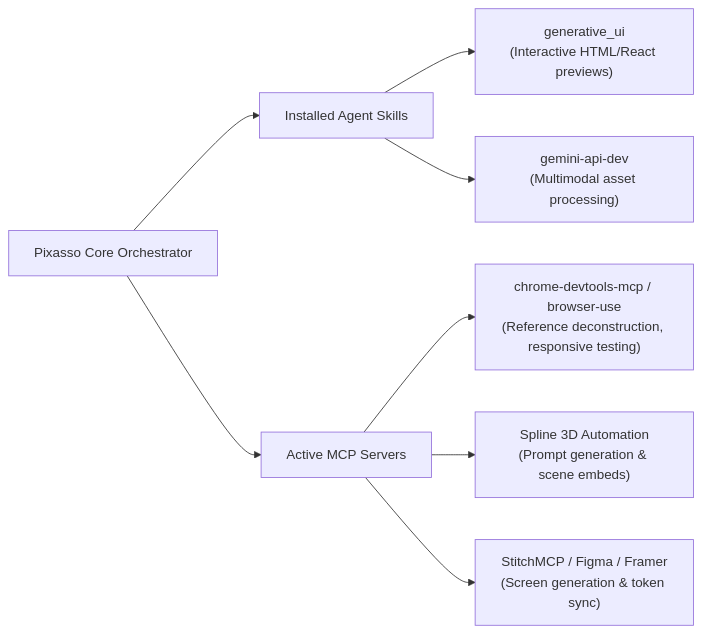
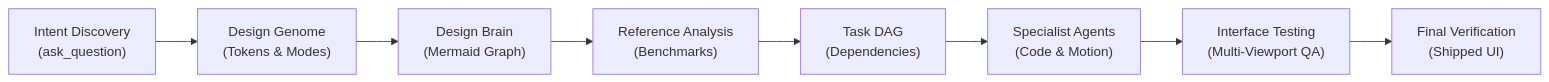
Before and after one commit to Erebuzzz/pixasso: the second of 5 diagrams in README.md, drawn with Mermaid. The commit also changed other lines of this file and 97 other files, not shown here.

Commit message:
feat: complete end-to-end frontend orchestrator, mcp server, showcase site, and multi-platform installer

````diff
--- a/README.md
+++ b/README.md
@@ -188,12 +137,10 @@
 ```mermaid
 flowchart LR
-    PixassoCore["Pixasso Core Orchestrator"] --> InstalledSkills["Installed Agent Skills"]
-    PixassoCore --> MCPTools["Active MCP Servers"]
-
-    InstalledSkills --> GenUI["generative_ui<br/>(Interactive HTML/React previews)"]
-    InstalledSkills --> GeminiDev["gemini-api-dev<br/>(Multimodal asset processing)"]
-
-    MCPTools --> BrowserMCP["chrome-devtools-mcp / browser-use<br/>(Reference deconstruction, responsive testing)"]
-    MCPTools --> SplineWorkflow["Spline 3D Automation<br/>(Prompt generation & scene embeds)"]
-    MCPTools --> DesignMCP["StitchMCP / Figma / Framer<br/>(Screen generation & token sync)"]
+    A["Intent Discovery<br/>(ask_question)"] --> B["Design Genome<br/>(Tokens & Modes)"]
+    B --> C["Design Brain<br/>(Mermaid Graph)"]
+    C --> D["Reference Analysis<br/>(Benchmarks)"]
+    D --> E["Task DAG<br/>(Dependencies)"]
+    E --> F["Specialist Agents<br/>(Code & Motion)"]
+    F --> G["Interface Testing<br/>(Multi-Viewport QA)"]
+    G --> H["Final Verification<br/>(Shipped UI)"]
 ```
````
